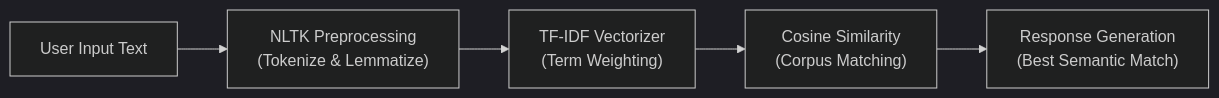
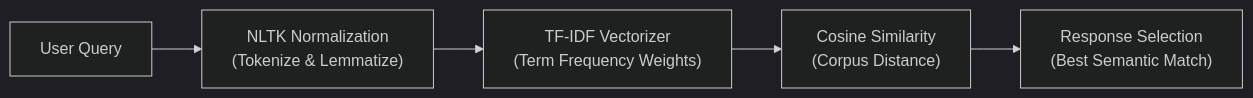
The diagram in README.md (MasterPandaa/JansenAI), drawn with Mermaid (dark theme) before and after one commit. The commit also changed other lines of this file, not shown here.

````diff
--- a/README.md
+++ b/README.md
@@ -15,7 +11,7 @@
 ```mermaid
 flowchart LR
-    A["User Input Text"] --> B["NLTK Preprocessing<br/>(Tokenize & Lemmatize)"]
-    B --> C["TF-IDF Vectorizer<br/>(Term Weighting)"]
-    C --> D["Cosine Similarity<br/>(Corpus Matching)"]
-    D --> E["Response Generation<br/>(Best Semantic Match)"]
+    A["User Query"] --> B["NLTK Normalization<br/>(Tokenize & Lemmatize)"]
+    B --> C["TF-IDF Vectorizer<br/>(Term Frequency Weights)"]
+    C --> D["Cosine Similarity<br/>(Corpus Distance)"]
+    D --> E["Response Selection<br/>(Best Semantic Match)"]
 ```
````
